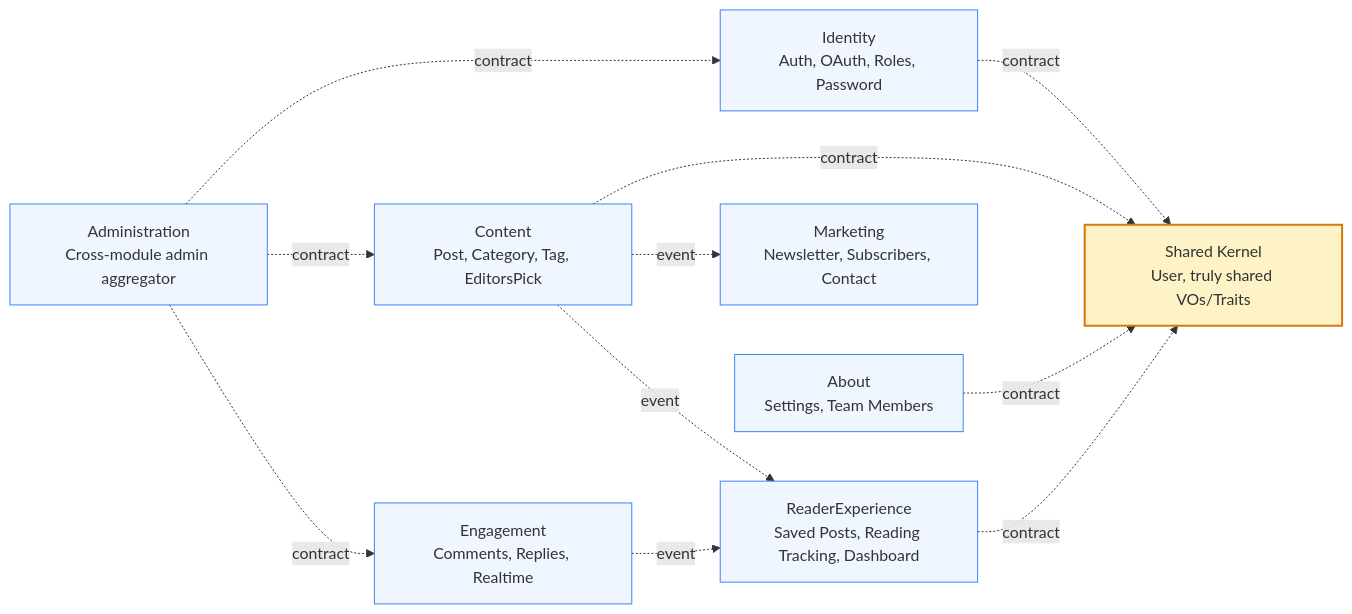
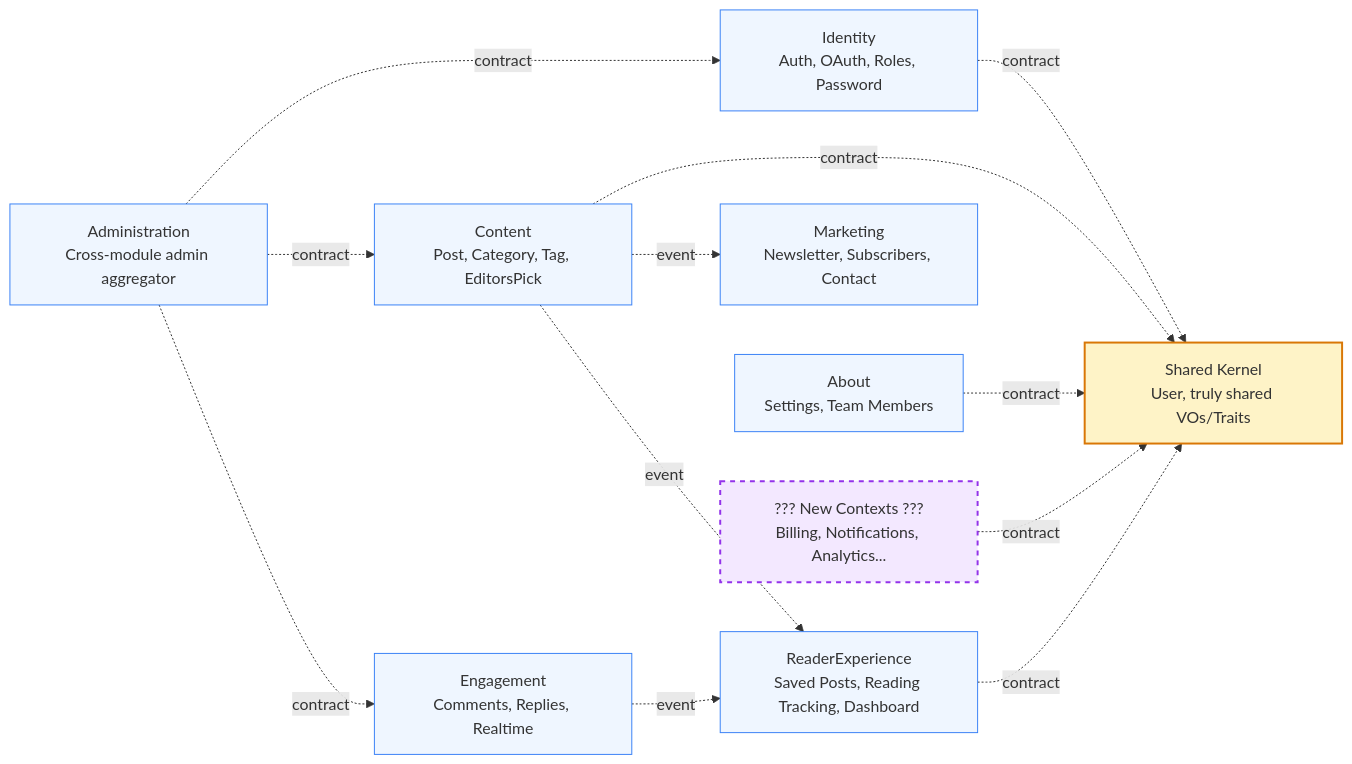
One commit to Shahrokh1383/larablog changed the first of 3 diagrams in doc/constitution.md. Above: the diagram before and after it, drawn with Mermaid. The commit also changed other lines of this file, not shown here.

````diff
--- a/doc/constitution.md
+++ b/doc/constitution.md
@@ -19,25 +21,28 @@
 ```mermaid
 flowchart LR
     SK[Shared Kernel<br/>User, truly shared VOs/Traits]:::kernel
     IDN[Identity<br/>Auth, OAuth, Roles, Password]:::ctx
     CNT[Content<br/>Post, Category, Tag, EditorsPick]:::ctx
     ENG[Engagement<br/>Comments, Replies, Realtime]:::ctx
     RDX[ReaderExperience<br/>Saved Posts, Reading Tracking, Dashboard]:::ctx
     MKT[Marketing<br/>Newsletter, Subscribers, Contact]:::ctx
     ABT[About<br/>Settings, Team Members]:::ctx
     ADM[Administration<br/>Cross-module admin aggregator]:::ctx
+    NEW[??? New Contexts ???<br/>Billing, Notifications, Analytics...]:::new
 
     IDN -.->|contract| SK
     CNT -.->|contract| SK
     RDX -.->|contract| SK
     ABT -.->|contract| SK
     ADM -.->|contract| IDN
     ADM -.->|contract| CNT
     ADM -.->|contract| ENG
+    NEW -.->|contract| SK
     ENG -.->|event| RDX
     CNT -.->|event| MKT
     CNT -.->|event| RDX
 
     classDef kernel fill:#fef3c7,stroke:#d97706,stroke-width:2px
     classDef ctx fill:#eff6ff,stroke:#3b82f6,stroke-width:1px
+    classDef new fill:#f3e8ff,stroke:#9333ea,stroke-width:2px,stroke-dasharray: 5 5
 ```
````
